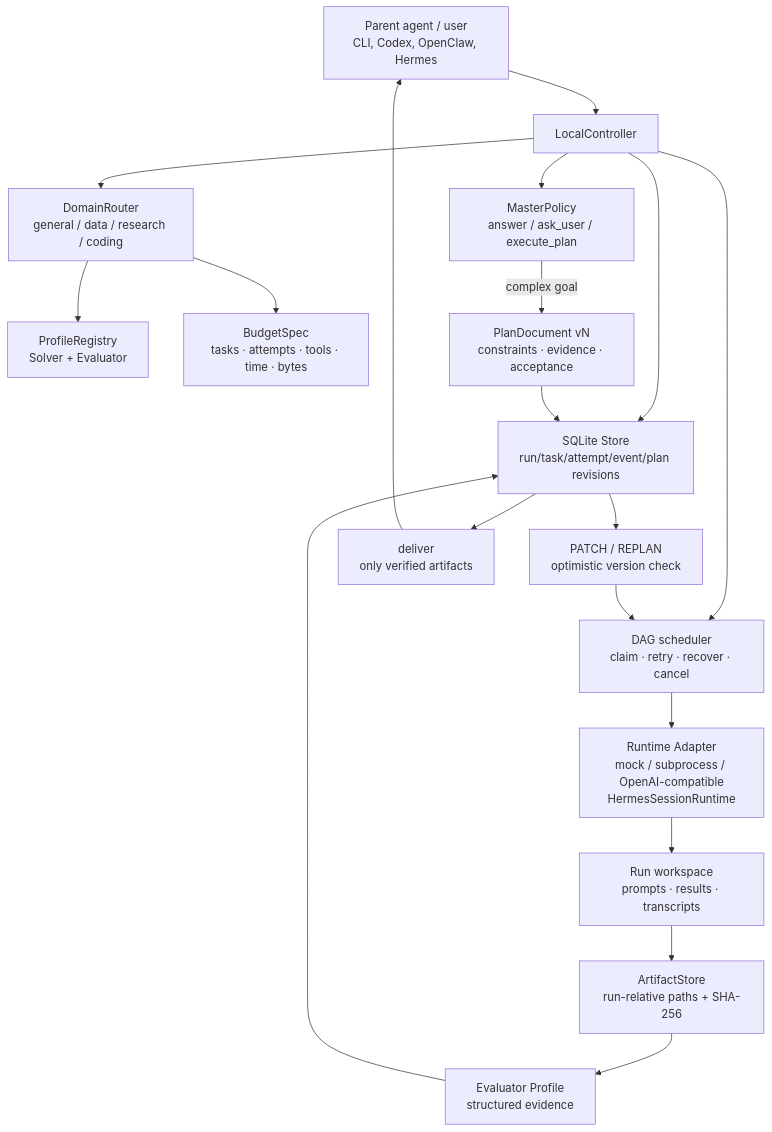
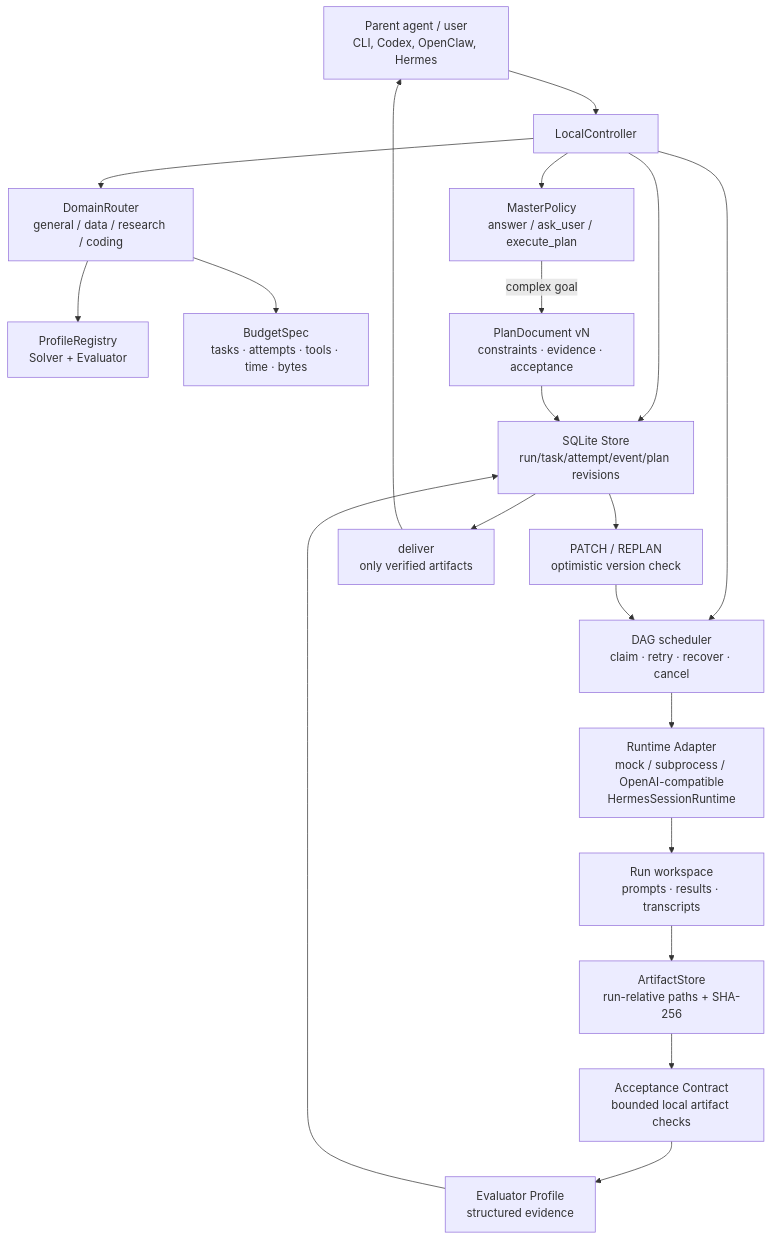
One commit to vchive/Lunar-Agent changed the diagram in docs/architecture.md. Above: the diagram before and after it, drawn with Mermaid. The commit also changed other lines of this file and 16 other files, not shown here.

Commit message:
feat: add artifact acceptance contracts

````diff
--- a/docs/architecture.md
+++ b/docs/architecture.md
@@ -8,21 +8,22 @@
 ```mermaid
 flowchart TD
     P[Parent agent / user\nCLI, Codex, OpenClaw, Hermes] --> C[LocalController]
     C --> R[DomainRouter\ngeneral / data / research / coding]
     R --> PR[ProfileRegistry\nSolver + Evaluator]
     R --> B[BudgetSpec\ntasks · attempts · tools · time · bytes]
     C --> M[MasterPolicy\nanswer / ask_user / execute_plan]
     M -->|complex goal| PD[PlanDocument vN\nconstraints · evidence · acceptance]
     C --> S[SQLite Store\nrun/task/attempt/event/plan revisions]
     PD --> S
     C --> D[DAG scheduler\nclaim · retry · recover · cancel]
     D --> A[Runtime Adapter\nmock / subprocess / OpenAI-compatible\nHermesSessionRuntime]
     A --> W[Run workspace\nprompts · results · transcripts]
     W --> AS[ArtifactStore\nrun-relative paths + SHA-256]
-    AS --> E[Evaluator Profile\nstructured evidence]
+    AS --> AC[Acceptance Contract\nbounded local artifact checks]
+    AC --> E[Evaluator Profile\nstructured evidence]
     E --> S
     S --> V[PATCH / REPLAN\noptimistic version check]
     V --> D
     S --> DL[deliver\nonly verified artifacts]
     DL --> P
 ```
````
